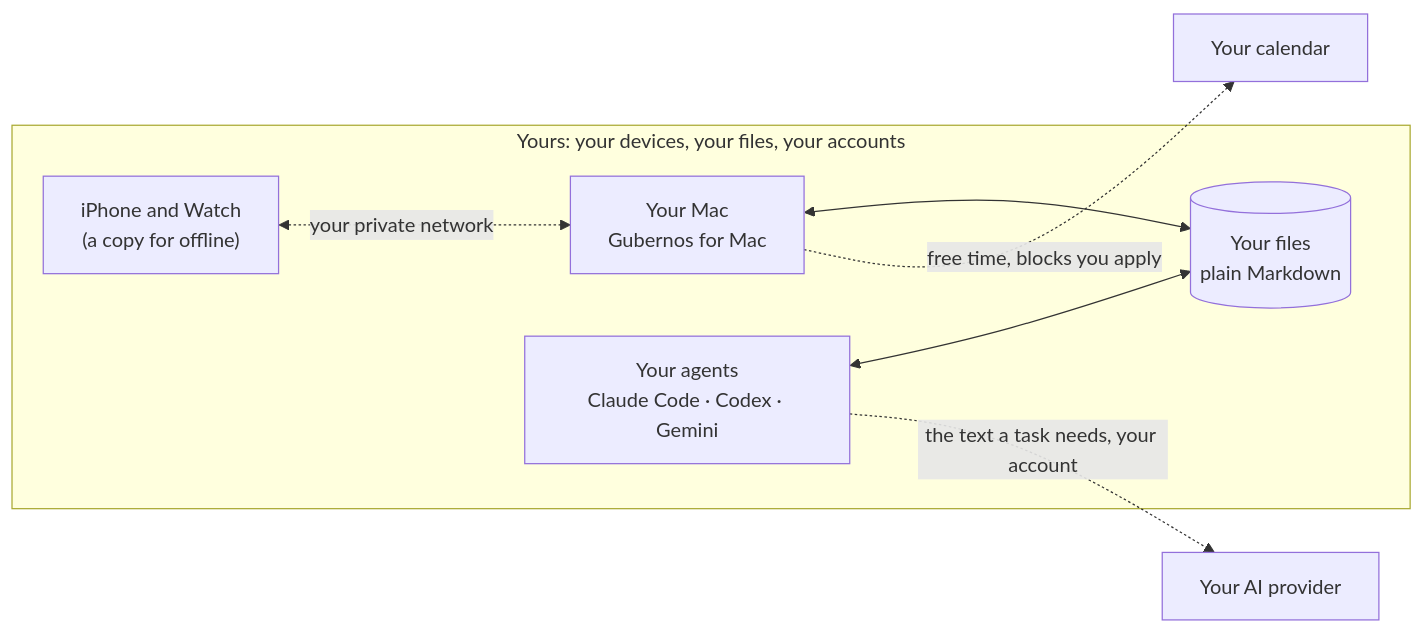
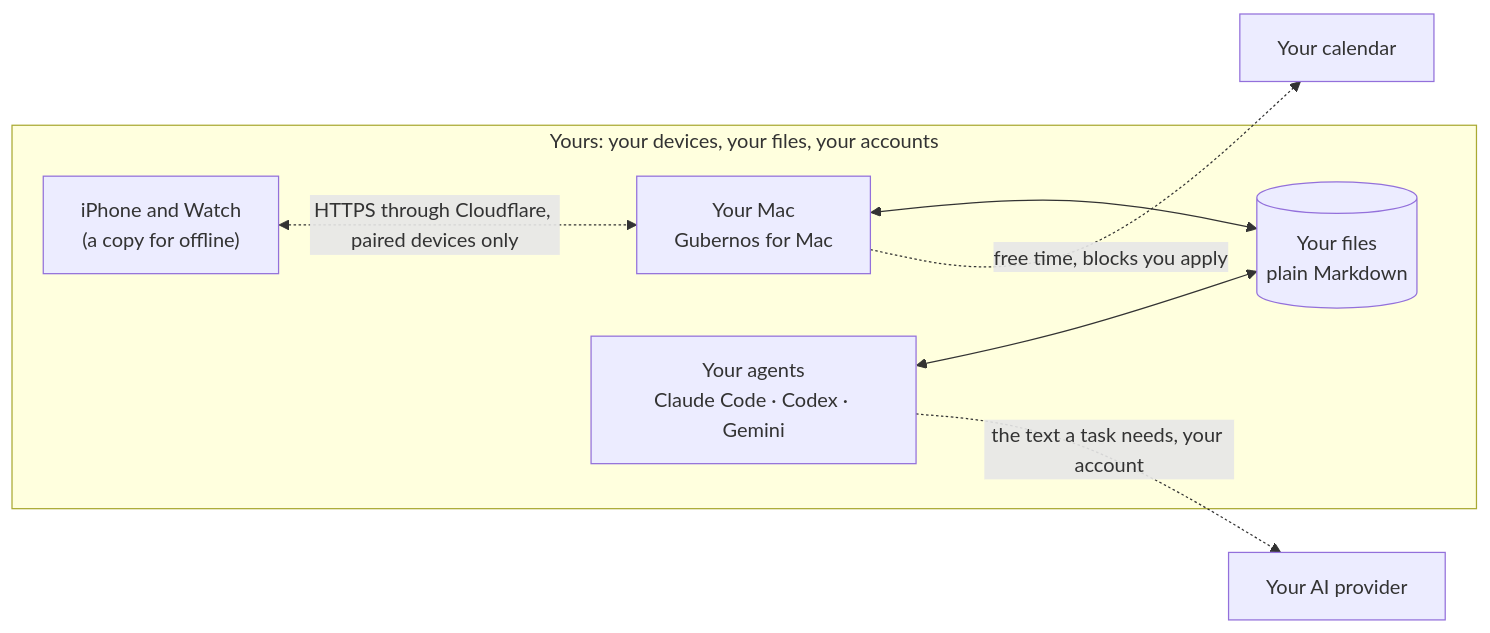
One commit to old-bozman/gubernos changed the diagram in README.md. Above: the diagram before and after it, drawn with Mermaid. The commit also changed other lines of this file and 5 other files, not shown here.

First line of the commit message:
Phone: Cloudflare Tunnel by default (setup.sh phone: signed cloudflared + an address from the relay); Tailscale with --tailscale / --private

````diff
--- a/README.md
+++ b/README.md
@@ -56,11 +56,11 @@
 ```mermaid
 flowchart LR
   subgraph yours["Yours: your devices, your files, your accounts"]
     mac["Your Mac<br/>Gubernos for Mac"] <--> files[("Your files<br/>plain Markdown")]
     phone["iPhone and Watch<br/>(a copy for offline)"]
     agents["Your agents<br/>Claude Code · Codex · Gemini"] <--> files
-    phone <-. "your private network" .-> mac
+    phone <-. "HTTPS through Cloudflare, paired devices only" .-> mac
   end
   agents -. "the text a task needs, your account" .-> ai["Your AI provider"]
   mac -. "free time, blocks you apply" .-> cal["Your calendar"]
 ```
````
